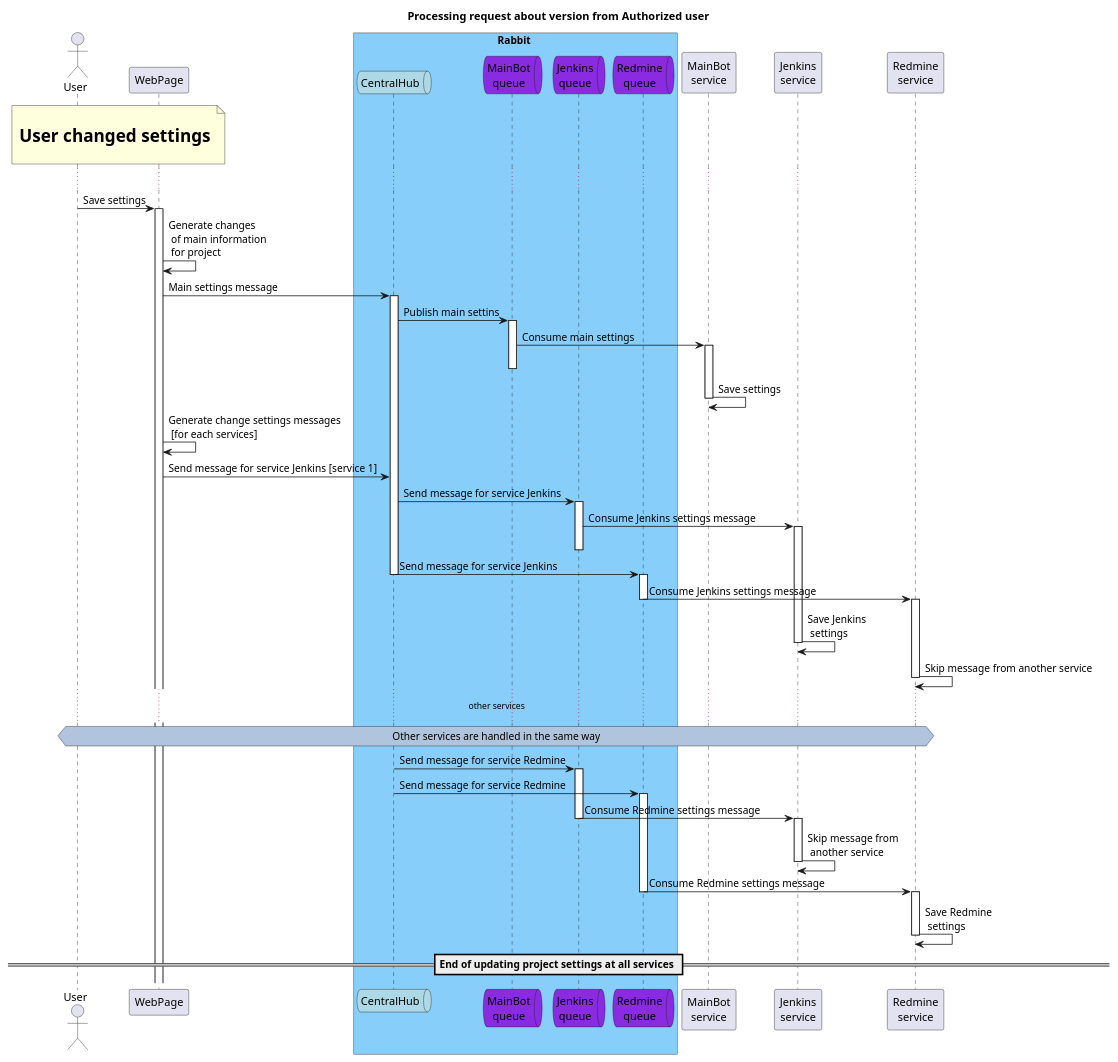
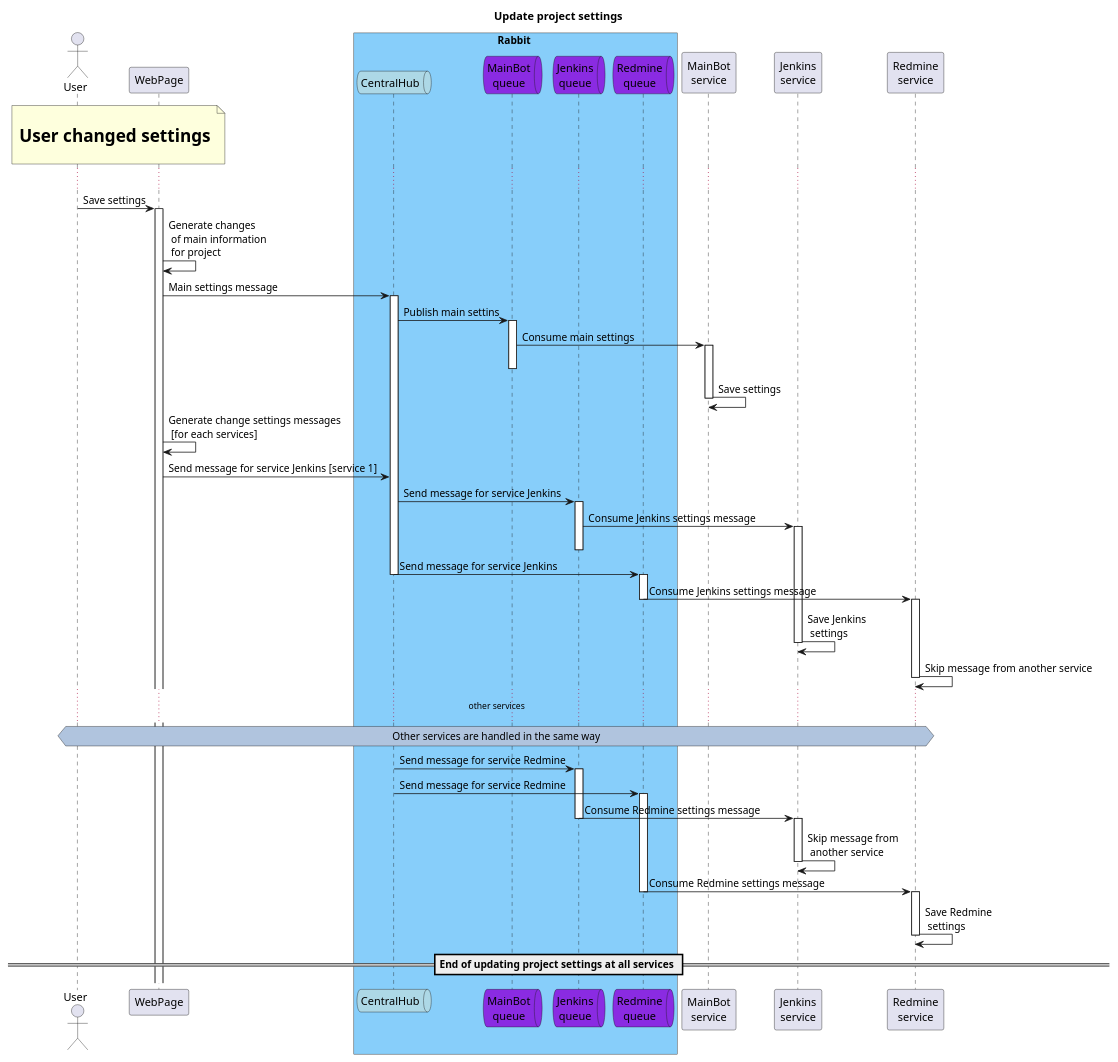
One commit to zavpav/TgBotEnterprise changed the diagram in WebAdminChangeSettingsUpdate.puml. Above: the diagram before and after it, drawn with PlantUML. The commit also changed 9 other files, not shown here.

```diff
--- a/WebAdminChangeSettingsUpdate.puml
+++ b/WebAdminChangeSettingsUpdate.puml
@@ -1,76 +1,76 @@
 @startuml Processing user request
 
-title Processing request about version from Authorized user
+title Update project settings
 
 actor User as usr
 participant WebPage as wp
 
 box Rabbit #LightSkyBlue 
     queue "CentralHub" as CentralHub #LightBlue
     queue "MainBot\nqueue" as mbQueue #BlueViolet
     queue "Jenkins\nqueue" as jenkinsQueue #BlueViolet
     queue "Redmine\nqueue" as redmineQueue #BlueViolet
 end box
 
 participant "MainBot\nservice" as mb
 participant "Jenkins\nservice" as jenkins
 participant "Redmine\nservice" as redmine
 
 
 note over usr, wp : \n <size:22>**User changed settings**</size> \n
 ...
 
 usr -> wp : Save settings
 activate wp
 wp -> wp : Generate changes\n of main information\n for project
 wp -> CentralHub : Main settings message
 activate CentralHub
 CentralHub -> mbQueue : Publish main settins
 activate mbQueue
 mbQueue -> mb : Consume main settings
 activate mb
 deactivate mbQueue
 mb -> mb: Save settings
 deactivate mb
 
 
 
 wp -> wp : Generate change settings messages\n [for each services]
 wp -> CentralHub : Send message for service Jenkins [service 1]
 CentralHub -> jenkinsQueue : Send message for service Jenkins
 activate jenkinsQueue
 jenkinsQueue -> jenkins : Consume Jenkins settings message 
 activate jenkins
 deactivate jenkinsQueue
 CentralHub -> redmineQueue : Send message for service Jenkins
 deactivate CentralHub
 activate redmineQueue
 redmineQueue -> redmine  : Consume Jenkins settings message
 deactivate redmineQueue
 activate redmine
 jenkins -> jenkins : Save Jenkins\n settings
 deactivate jenkins
 redmine -> redmine : Skip message from another service
 deactivate redmine
 
 ... other services ...
 hnote across #LightSteelBlue: Other services are handled in the same way 
 CentralHub -> jenkinsQueue : Send message for service Redmine
 activate jenkinsQueue
 CentralHub -> redmineQueue : Send message for service Redmine
 deactivate CentralHub
 activate redmineQueue
 jenkinsQueue -> jenkins : Consume Redmine settings message 
 deactivate jenkinsQueue
 activate jenkins
 jenkins -> jenkins : Skip message from\n another service
 deactivate jenkins
 redmineQueue -> redmine  : Consume Redmine settings message
 deactivate redmineQueue
 activate redmine
 redmine -> redmine : Save Redmine\n settings
 deactivate redmine
 
 == End of updating project settings at all services == 
 
 @enduml
```
